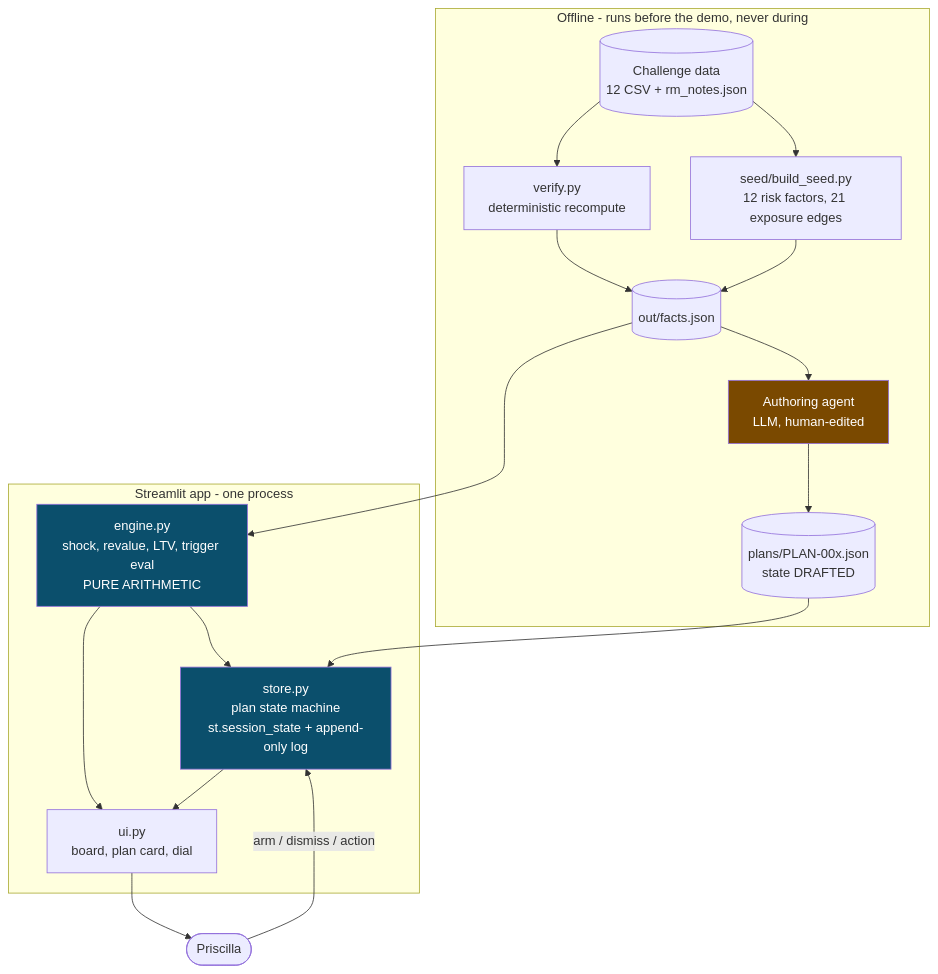
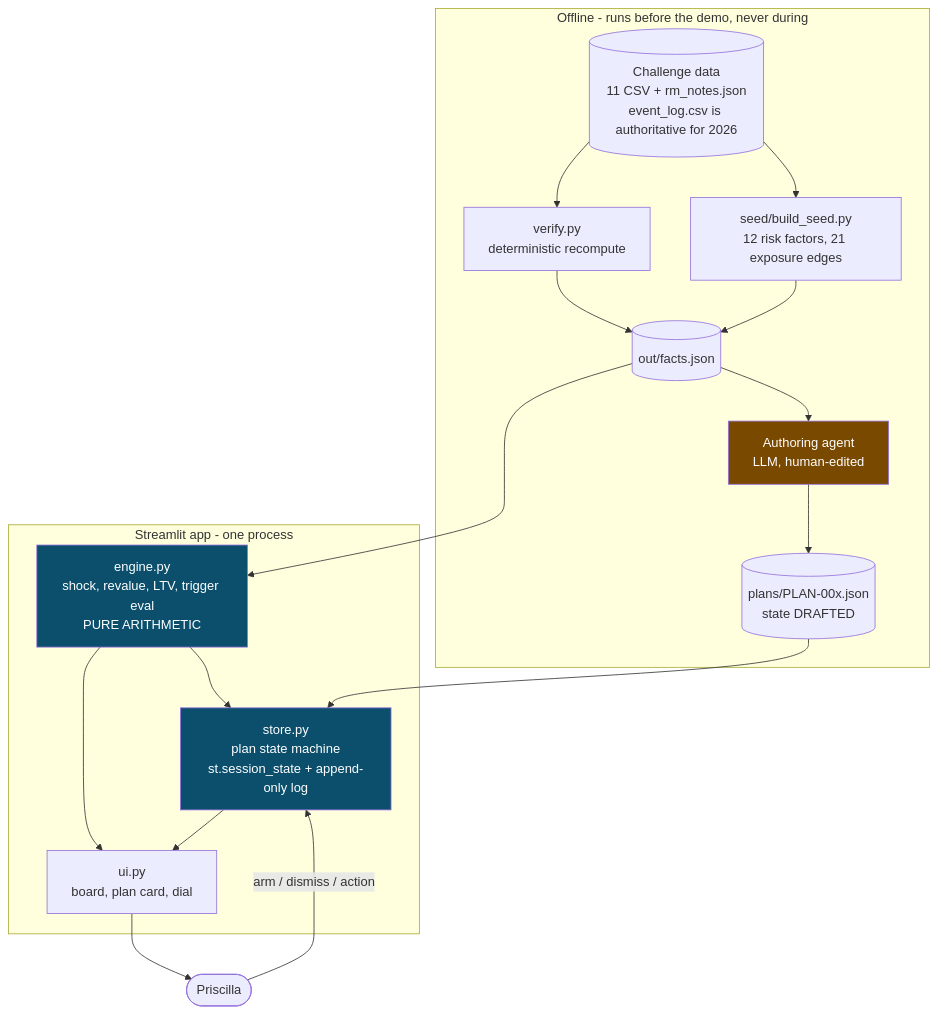
The first of 2 diagrams in contingency-desk/docs/architecture.md (conghan-tay/Singhacks), drawn with Mermaid before and after one commit. The commit also changed other lines of this file and 16 other files, not shown here.

````diff
--- a/contingency-desk/docs/architecture.md
+++ b/contingency-desk/docs/architecture.md
@@ -10,32 +10,32 @@
 ```mermaid
 flowchart TB
     subgraph offline["Offline - runs before the demo, never during"]
-        CSV[("Challenge data<br/>12 CSV + rm_notes.json")]
+        CSV[("Challenge data<br/>11 CSV + rm_notes.json<br/>event_log.csv is authoritative for 2026")]
         VER["verify.py<br/>deterministic recompute"]
         SEED["seed/build_seed.py<br/>12 risk factors, 21 exposure edges"]
         AUTH["Authoring agent<br/>LLM, human-edited"]
         FACTS[("out/facts.json")]
         PLANS[("plans/PLAN-00x.json<br/>state DRAFTED")]
         CSV --> VER --> FACTS
         CSV --> SEED --> FACTS
         FACTS --> AUTH --> PLANS
     end
 
     subgraph app["Streamlit app - one process"]
         ENGINE["engine.py<br/>shock, revalue, LTV, trigger eval<br/>PURE ARITHMETIC"]
         STATE["store.py<br/>plan state machine<br/>st.session_state + append-only log"]
         UI["ui.py<br/>board, plan card, dial"]
         ENGINE --> UI
         STATE --> UI
         ENGINE --> STATE
     end
 
     FACTS --> ENGINE
     PLANS --> STATE
     UI --> RM(["Priscilla"])
     RM -->|"arm / dismiss / action"| STATE
 
     style ENGINE fill:#0b4f6c,color:#fff
     style STATE fill:#0b4f6c,color:#fff
     style AUTH fill:#7a4900,color:#fff
 ```
````
